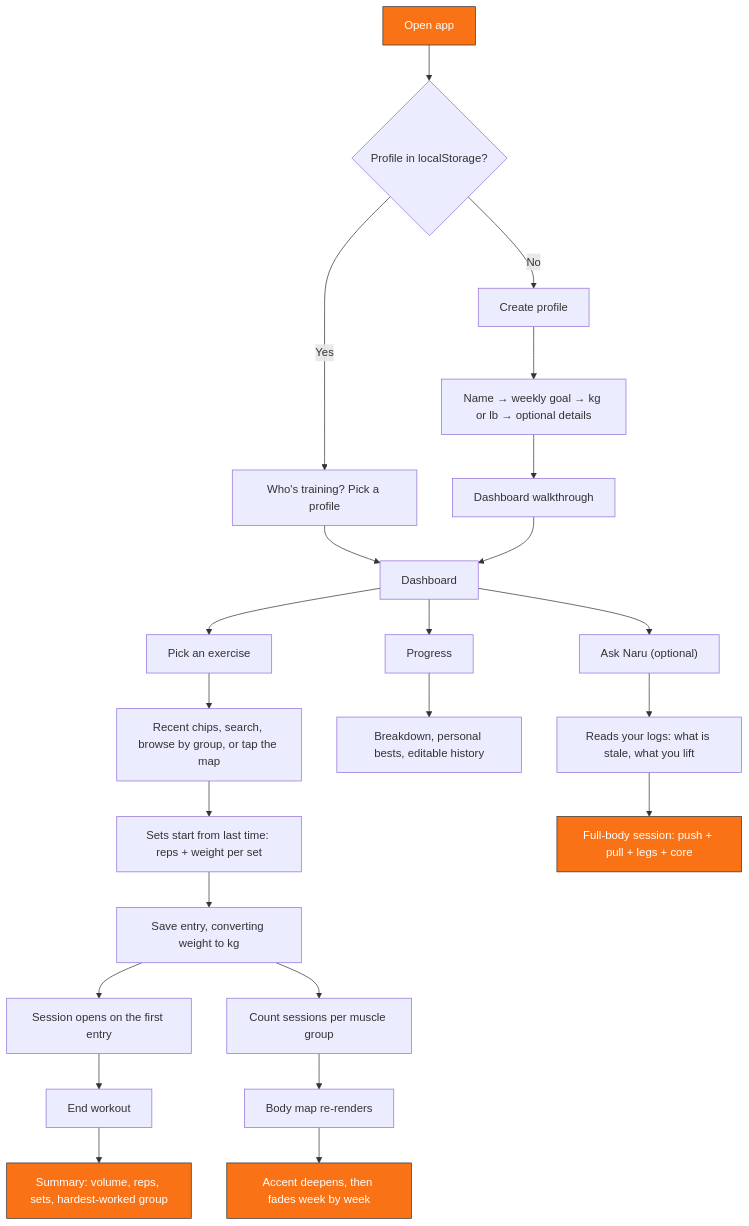
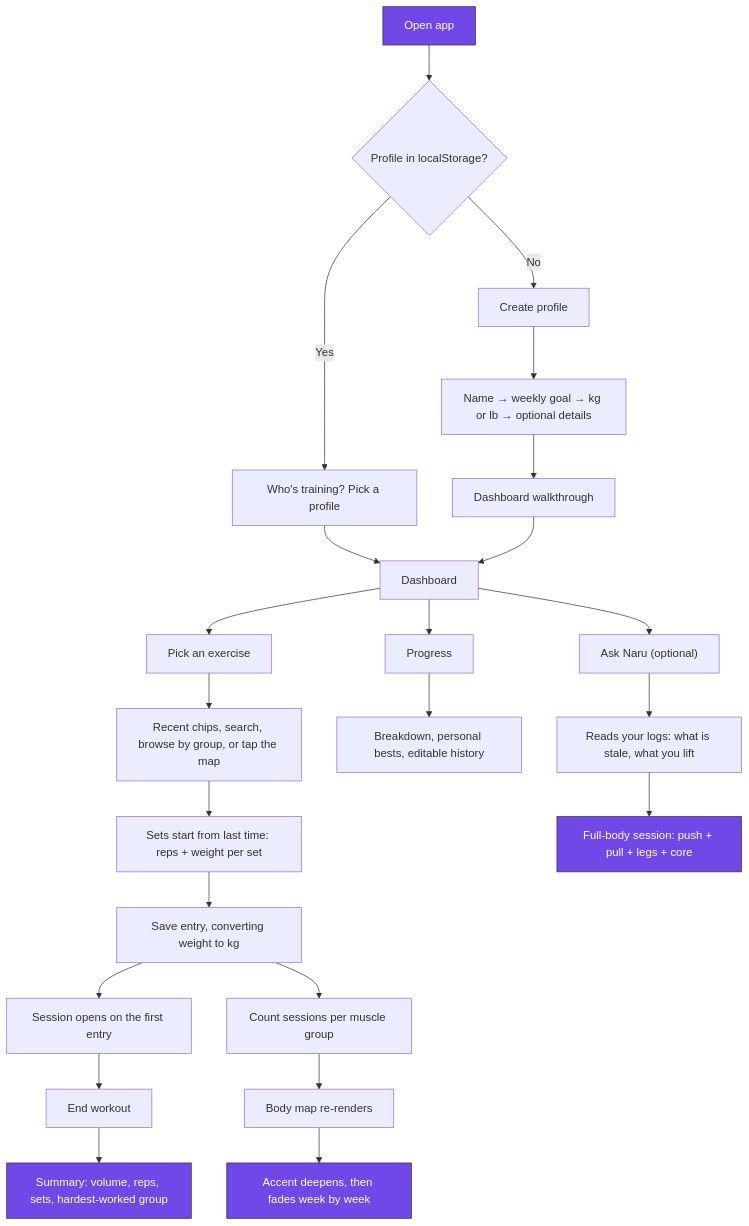
Before and after one commit to byjoelsamuel/workout-tracker: the diagram in README.md, drawn with Mermaid. The commit also changed 6 other files, not shown here.

````diff
--- a/README.md
+++ b/README.md
@@ -130,35 +130,35 @@
 ```mermaid
 flowchart TD
     A[Open app] --> B{Profile in localStorage?}
     B -- No --> C[Create profile]
     C --> C1["Name → weekly goal → kg or lb → optional details"]
     C1 --> D[Dashboard walkthrough]
     B -- Yes --> B1["Who's training? Pick a profile"]
     B1 --> E
     D --> E
 
     E[Dashboard] --> F[Pick an exercise]
     F --> F1["Recent chips, search, browse by group, or tap the map"]
     F1 --> F2["Sets start from last time: reps + weight per set"]
     F2 --> G[Save entry, converting weight to kg]
     G --> G1[Session opens on the first entry]
 
     G --> H[Count sessions per muscle group]
     H --> I[Body map re-renders]
     I --> I1[Accent deepens, then fades week by week]
 
     G1 --> L[End workout]
     L --> L1[Summary: volume, reps, sets, hardest-worked group]
 
     E --> M[Progress]
     M --> M1[Breakdown, personal bests, editable history]
 
     E --> N["Ask Naru (optional)"]
     N --> N1[Reads your logs: what is stale, what you lift]
     N1 --> N2[Full-body session: push + pull + legs + core]
 
-    style A fill:#f97316,stroke:#333,color:#fff
-    style I1 fill:#f97316,stroke:#333,color:#fff
-    style L1 fill:#f97316,stroke:#333,color:#fff
-    style N2 fill:#f97316,stroke:#333,color:#fff
+    style A fill:#7048e8,stroke:#333,color:#fff
+    style I1 fill:#7048e8,stroke:#333,color:#fff
+    style L1 fill:#7048e8,stroke:#333,color:#fff
+    style N2 fill:#7048e8,stroke:#333,color:#fff
 ```
````
